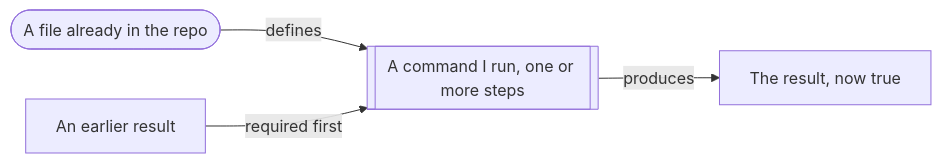
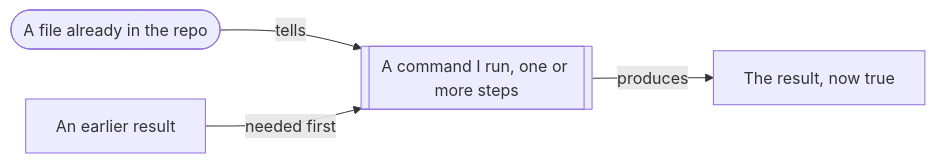
Before and after one commit to Dennis4507/cloud-native-ha-platform: the first of 5 diagrams in README.md, drawn with Mermaid. The commit also changed other lines of this file, not shown here.

````diff
--- a/README.md
+++ b/README.md
@@ -42,6 +42,6 @@
 ```mermaid
 flowchart LR
-    L1(["A file already in the repo"]) -->|defines| L2[["A command I run, one or more steps"]]
+    L1(["A file already in the repo"]) -->|tells| L2[["A command I run, one or more steps"]]
     L2 -->|produces| L3["The result, now true"]
-    L0["An earlier result"] -->|required first| L2
+    L0["An earlier result"] -->|needed first| L2
 ```
````
